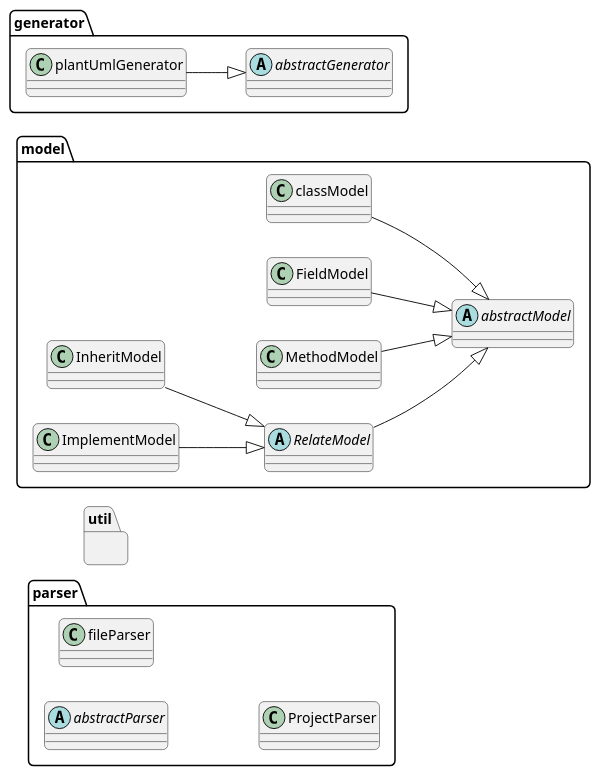
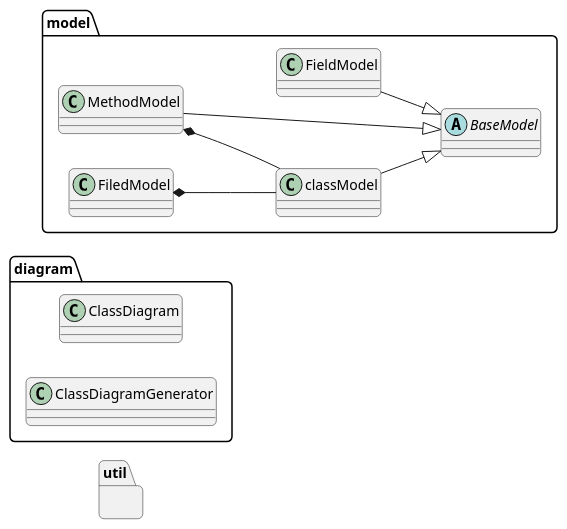
The diagram in docs/类设计.plantUML (anApalpitate/SoftwareDesign), drawn with PlantUML before and after one commit. The commit also changed 8 other files, not shown here.

```diff
--- a/docs/类设计.plantUML
+++ b/docs/类设计.plantUML
@@ -1,40 +1,28 @@
 @startuml 类设计
-' skinparam Linetype ortho
 skinparam roundCorner 10
 left to right direction
 
-package parser{ /'解析器包:读入代码，通过javaparser工具读入代码，生成AST并建立数据模型'/
-    abstract class abstractParser{} /'抽象解析器(optional)'/
-    class fileParser{}  /'单文件解析器'/
-    class ProjectParser{}  /'多文件解析器'/ 
+package diagram{  
+    class ClassDiagram{}
+    class ClassDiagramGenerator{}
 }
+
 package model{ /'数据模型包:存储读入的数据'/
     /'感觉可以塞一个简单工厂在这里'/
-    abstract class abstractModel{} 
+    abstract class BaseModel{}
     class classModel{}  /'类模型'/
     class FieldModel{}  /'类属性模型'/
     class MethodModel{}  /'类方法模型'/
-    
-    abstract class RelateModel{}  /'类间关系模型:继承、实现'/
-    class InheritModel{}  /'继承关系模型'/
-    class ImplementModel{}  /'实现关系模型'/
 
-    classModel --|> abstractModel
-    FieldModel --|> abstractModel
-    MethodModel --|> abstractModel
+    classModel --|> BaseModel
+    FieldModel --|> BaseModel
+    MethodModel --|> BaseModel
 
-    RelateModel --|> abstractModel
-    InheritModel --|> RelateModel
-    ImplementModel --|> RelateModel
-}
-package generator /' 生成器包：依据建立的数据模型导出需求格式文件'/
-{
-    abstract class abstractGenerator{}
-    class plantUmlGenerator{}  /'plantuml代码生成器'/
-    plantUmlGenerator --|> abstractGenerator    
+    FiledModel *-- classModel
+    MethodModel *-- classModel
 }
 package util{ /'工具包：一些工具类与方法'/
     /'具体遇到具体写'/
 }
 
 @enduml
```
